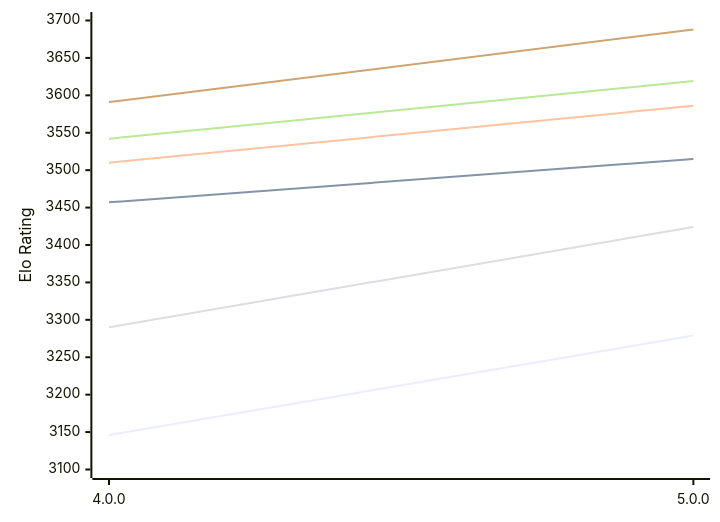
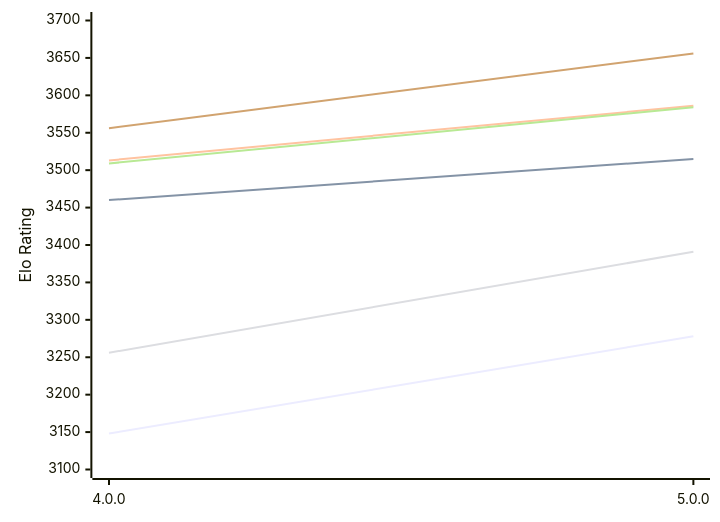
The first of 2 diagrams in engines/Avalanche.md (computer-chess-index/cci), drawn with Mermaid before and after one commit. The commit also changed other lines of this file, not shown here.

Commit message:
Update CCI Ratings (ELO VLTC) - 2026-10-23

````diff
--- a/engines/Avalanche.md
+++ b/engines/Avalanche.md
@@ -50,12 +50,12 @@
 ```mermaid
 %%{init: {"theme":"base","themeVariables":{"seriesColors:['#a3a3a3','#222221','#faa371']}}}%%
 xychart-beta
   x-axis ["4.0.0", "5.0.0"]
   y-axis "Elo Rating" 3100 --> 3700
-  line "E1: STC (8.0+0.08s)" [3146, 3279]
-  line "E1: LTC (60.0+0.60s)" [3457, 3515]
-  line "E1: VLTC (2m24s+1.12s)" [3510, 3586]
-  line "P1: STC (8.0+0.08s)" [3290, 3424]
-  line "P1: LTC (60.0+0.60s)" [3542, 3619]
-  line "P1: VLTC (2m24s+1.12s)" [3591, 3688]
+  line "E1: STC (8.0+0.08s)" [3148, 3278]
+  line "E1: LTC (60.0+0.60s)" [3460, 3515]
+  line "E1: VLTC (2m24s+1.12s)" [3513, 3586]
+  line "P1: STC (8.0+0.08s)" [3256, 3391]
+  line "P1: LTC (60.0+0.60s)" [3509, 3584]
+  line "P1: VLTC (2m24s+1.12s)" [3556, 3656]
 ```
````
